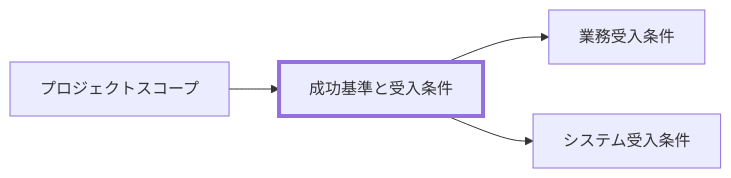
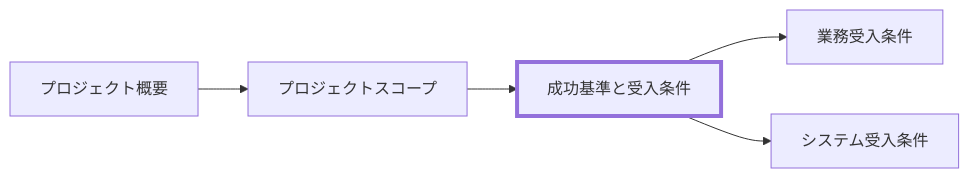
Before and after one commit to specdojo/specdojo: the diagram in docs/ja/specdojo/rulebooks/prj-success-criteria-and-acceptance-criteria-rulebook.md, drawn with Mermaid. The commit also changed other lines of this file and 4 other files, not shown here.

````diff
--- a/docs/ja/specdojo/rulebooks/prj-success-criteria-and-acceptance-criteria-rulebook.md
+++ b/docs/ja/specdojo/rulebooks/prj-success-criteria-and-acceptance-criteria-rulebook.md
@@ -31,13 +33,14 @@
 ```mermaid
 flowchart LR
+  POV["プロジェクト概要"]
   PSC["プロジェクトスコープ"]
   SAC["成功基準と受入条件"]
   BAC["業務受入条件"]
   SYS["システム受入条件"]
 
-  PSC --> SAC --> BAC
+  POV --> PSC --> SAC --> BAC
   SAC --> SYS
 
   classDef target stroke-width:4px
   class SAC target
 ```
````
